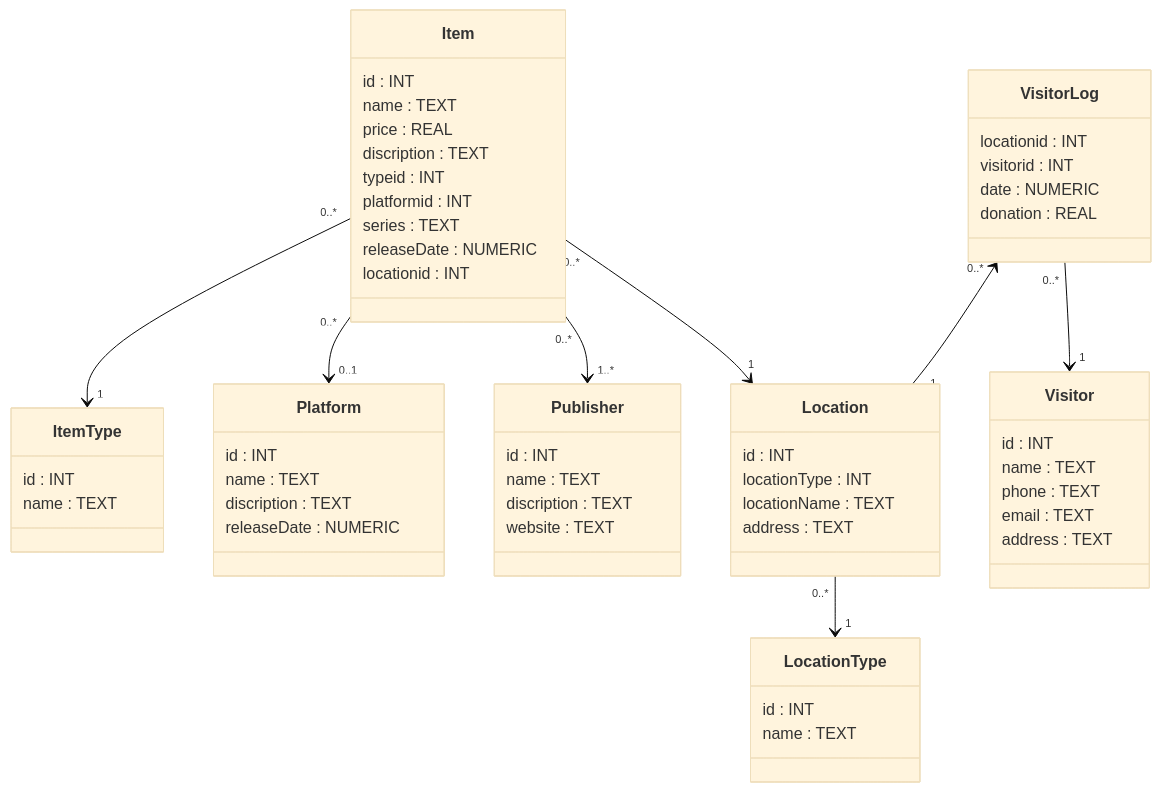
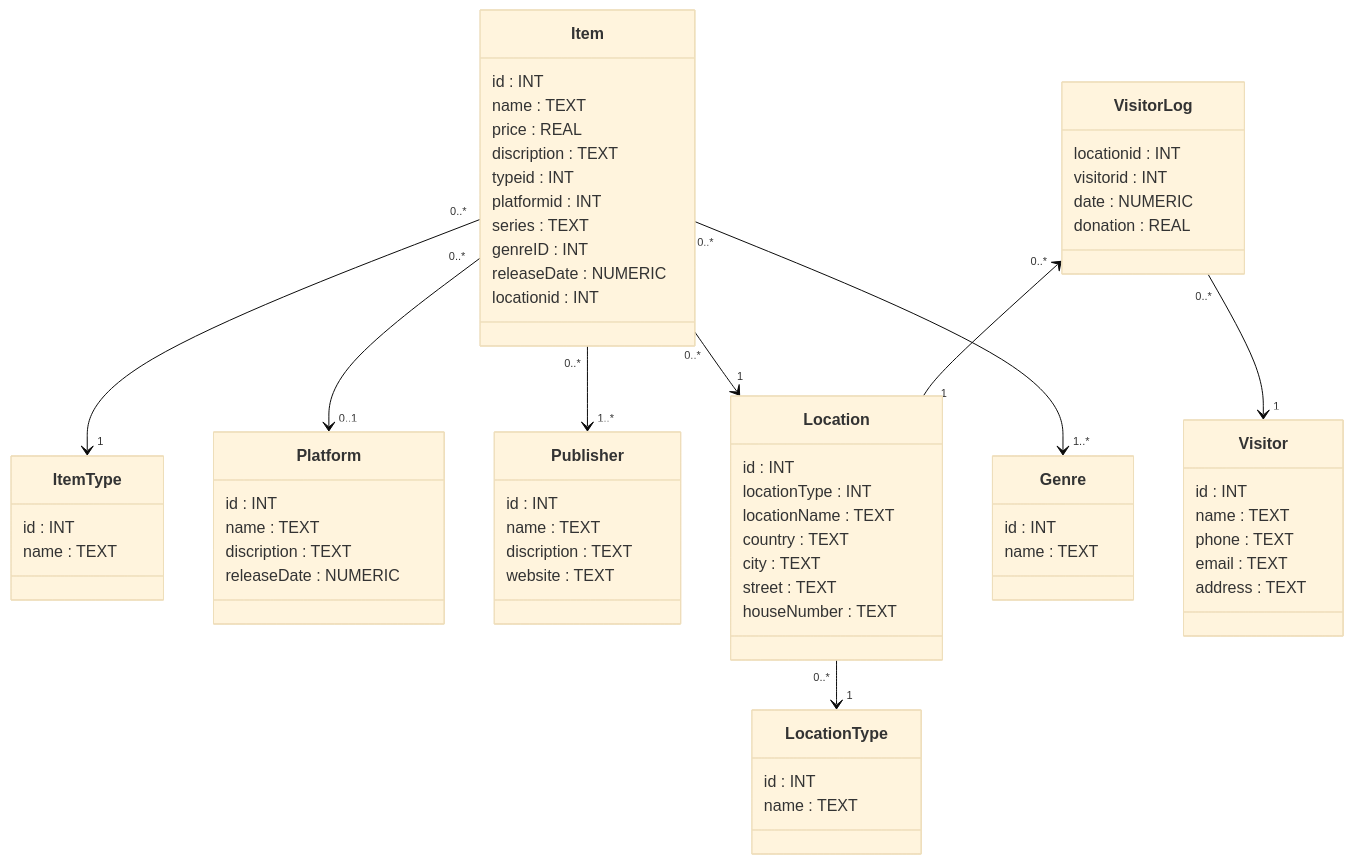
One commit to LarsGielen/Project_VGHF changed the diagram in Mermaid.mmd. Above: the diagram before and after it, drawn with Mermaid (base theme).

```diff
--- a/Mermaid.mmd
+++ b/Mermaid.mmd
@@ -1,67 +1,77 @@
 classDiagram
 
     Item "0..*" --> "1" ItemType
     Item "0..*" --> "0..1" Platform
     Item "0..*" --> "1..*" Publisher
     Item "0..*" --> "1" Location
+    Item "0..*" --> "1..*" Genre
     VisitorLog "0..*" <-- "1" Location
     VisitorLog "0..*" --> "1" Visitor
     Location "0..*" --> "1" LocationType
 
     class Item {
         id : INT
         name : TEXT
         price : REAL
         discription : TEXT
         typeid : INT
         platformid : INT
         series : TEXT
+        genreID : INT
         releaseDate : NUMERIC
         locationid : INT
     }
 
     class ItemType {
+        id : INT
+        name : TEXT
+    }
+
+    class Genre {
         id : INT
         name : TEXT
     }
 
     class Platform {
         id : INT
         name : TEXT
         discription : TEXT
         releaseDate : NUMERIC
     }
     
     class Publisher {
         id : INT
         name : TEXT
         discription : TEXT
         website : TEXT
     }
     
     class Location {
         id : INT
         locationType : INT
         locationName : TEXT
-        address : TEXT
+        country : TEXT
+        city : TEXT
+        street : TEXT
+        houseNumber : TEXT
     }
     
     class LocationType {
         id : INT
         name : TEXT
     }
 
     class VisitorLog {
         locationid : INT
         visitorid : INT
         date : NUMERIC
         donation : REAL
     }
     
     class Visitor {
         id : INT
         name : TEXT
         phone : TEXT
         email : TEXT
         address : TEXT
     } 
```
